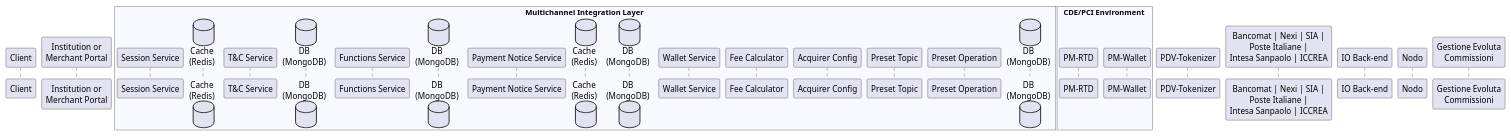
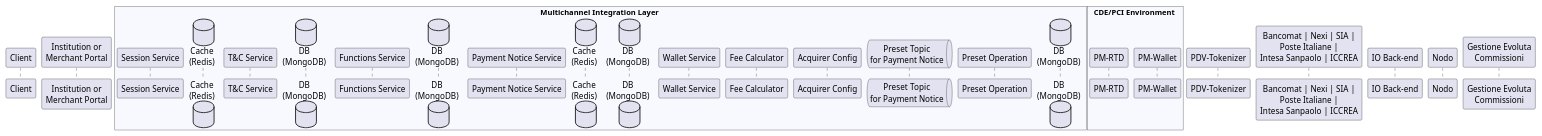
Before and after one commit to pagopa/mil-diags: the diagram in sequence_diags/common/actors.puml, drawn with PlantUML. The commit also changed 22 other files, not shown here.

Commit message:
Reviewed diagrams after preset operation API design.

```diff
--- a/sequence_diags/common/actors.puml
+++ b/sequence_diags/common/actors.puml
@@ -1,40 +1,40 @@
 participant "Client" as Client
 
 participant "Institution or\nMerchant Portal" as Portal
 
 box Multichannel Integration Layer #GhostWhite
 	participant "Session Service" as SessionSrv
 	database "Cache\n(Redis)" as SessionCache
 	
 	participant "T&C Service" as TCSrv
 	database "DB\n(MongoDB)" as TCDB
 	
 	participant "Functions Service" as FunctionSrv
 	database "DB\n(MongoDB)" as FunctionDB
 	
 	participant "Payment Notice Service" as NoticeSrv
 	database "Cache\n(Redis)" as NoticeCache
 	database "DB\n(MongoDB)" as NoticeDB
 	
 	participant "Wallet Service" as WalletWrp
 
 	participant "Fee Calculator" as FeeSrv
 	
 	participant "Acquirer Config" as AcqConf
 	
-	participant "Preset Topic" as PresetTpc
+	queue "Preset Topic\nfor Payment Notice" as NoticeTpc
 	
 	participant "Preset Operation" as PresetSrv
 	database "DB\n(MongoDB)" as PresetDB
 end box
 
 box CDE/PCI Environment #GhostWhite
 	participant "PM-RTD" as PANTokenizer
 	participant "PM-Wallet" as Wallet
 end box
 
 participant "PDV-Tokenizer" as Tokenizer
 participant "Bancomat | Nexi | SIA |\nPoste Italiane |\nIntesa Sanpaolo | ICCREA" as ServiceCenter
 participant "IO Back-end" as IO
 participant "Nodo" as Nodo
 participant "Gestione Evoluta\nCommissioni" as GEC
```
